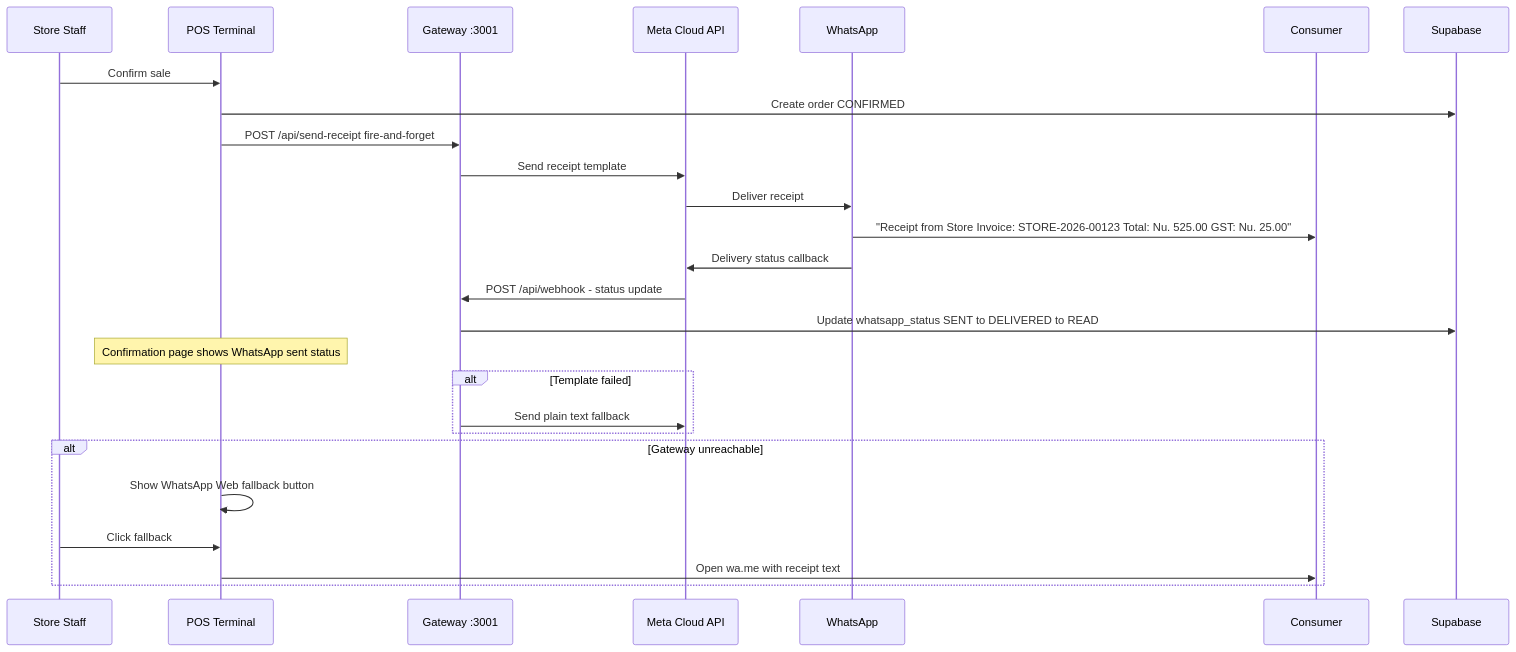
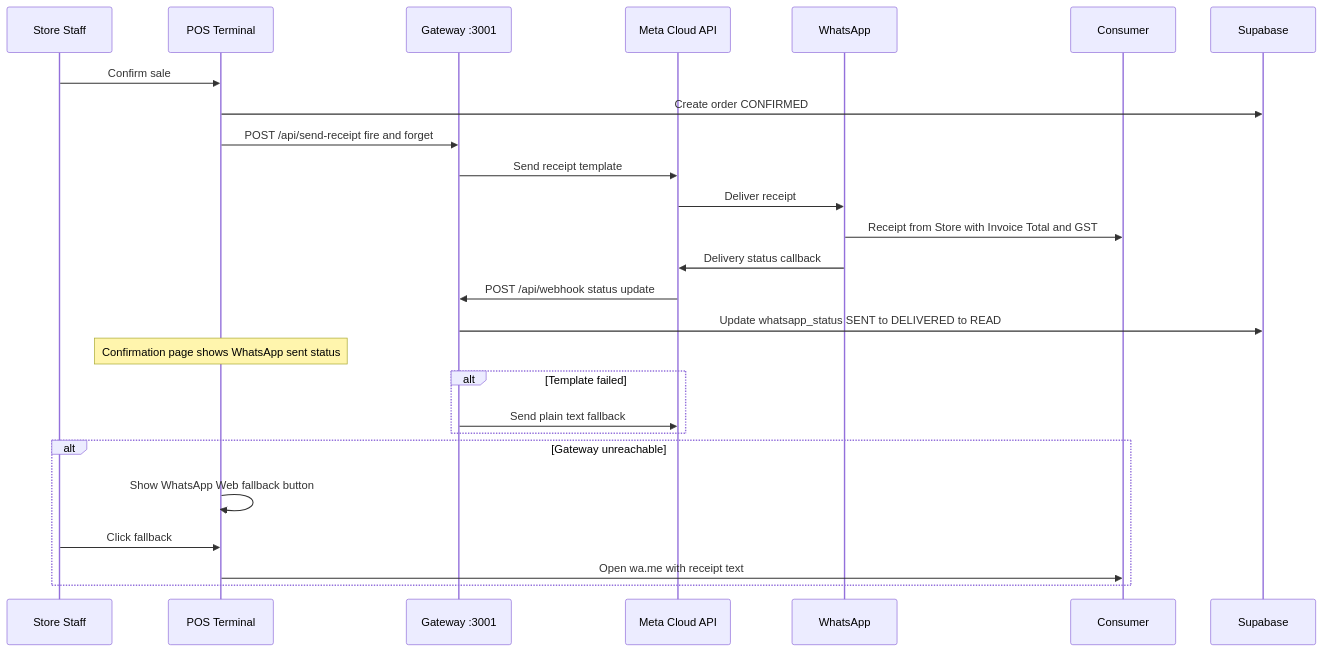
Before and after one commit to gstposbhutan/edgePOS: the tenth of 16 diagrams in docs/USER_FLOWS.md, drawn with Mermaid. The commit also changed other lines of this file, not shown here.

First line of the commit message:
fix: escape special characters in Mermaid diagrams for VS Code rendering

````diff
--- a/docs/USER_FLOWS.md
+++ b/docs/USER_FLOWS.md
@@ -409,34 +409,34 @@
 ```mermaid
 sequenceDiagram
     participant S as Store Staff
     participant POS as POS Terminal
     participant GW as Gateway :3001
     participant META as Meta Cloud API
     participant WA as WhatsApp
     participant C as Consumer
     participant DB as Supabase
 
     S->>POS: Confirm sale
     POS->>DB: Create order CONFIRMED
     
-    POS->>GW: POST /api/send-receipt fire-and-forget
+    POS->>GW: POST /api/send-receipt fire and forget
     GW->>META: Send receipt template
     META->>WA: Deliver receipt
-    WA->>C: "Receipt from Store Invoice: STORE-2026-00123 Total: Nu. 525.00 GST: Nu. 25.00"
+    WA->>C: Receipt from Store with Invoice Total and GST
     
     WA->>META: Delivery status callback
-    META->>GW: POST /api/webhook - status update
+    META->>GW: POST /api/webhook status update
     GW->>DB: Update whatsapp_status SENT to DELIVERED to READ
     
     Note over POS: Confirmation page shows WhatsApp sent status
     
     alt Template failed
         GW->>META: Send plain text fallback
     end
     
     alt Gateway unreachable
         POS->>POS: Show WhatsApp Web fallback button
         S->>POS: Click fallback
         POS->>C: Open wa.me with receipt text
     end
 ```
````
